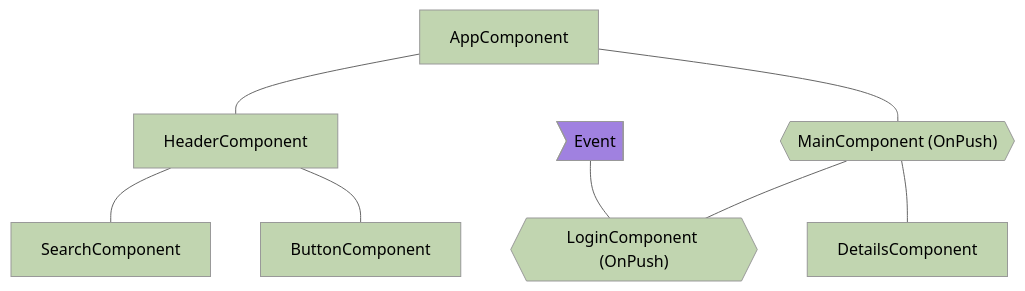
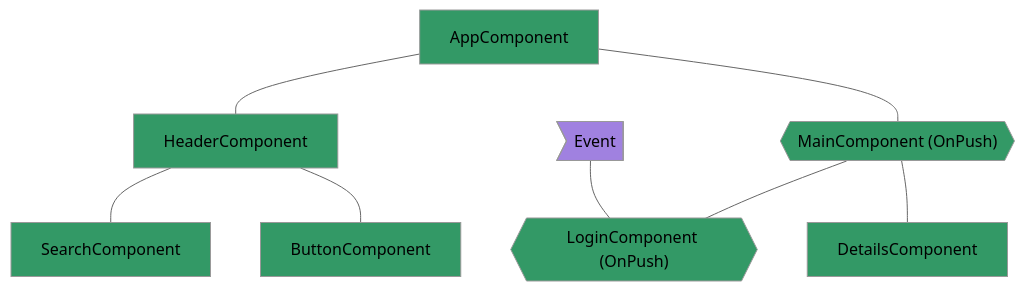
Before and after one commit to angular/angular: the third of 4 diagrams in adev/src/content/best-practices/runtime-performance/skipping-subtrees.md, drawn with Mermaid (neutral theme). The commit also changed other lines of this file, not shown here.

````diff
--- a/adev/src/content/best-practices/runtime-performance/skipping-subtrees.md
+++ b/adev/src/content/best-practices/runtime-performance/skipping-subtrees.md
@@ -89,19 +89,19 @@
 ```mermaid
 graph TD;
     app[AppComponent] --- header[HeaderComponent];
     app --- main{{"MainComponent (OnPush)"}};
     header --- search[SearchComponent];
     header --- button[ButtonComponent];
     main --- login{{"LoginComponent (OnPush)"}};
     main --- details[DetailsComponent];
     event>Event] --- login
 
-style app fill:#C1D5B0,color:#000
-style header fill:#C1D5B0,color:#000
-style button fill:#C1D5B0,color:#000
-style search fill:#C1D5B0,color:#000
-style login fill:#C1D5B0,color:#000
+style app fill:#339966,color:#000
+style header fill:#339966,color:#000
+style button fill:#339966,color:#000
+style search fill:#339966,color:#000
+style login fill:#339966,color:#000
 style event fill:#A081E0, color:#000
-style main fill:#C1D5B0,color:#000
-style details fill:#C1D5B0,color:#000
+style main fill:#339966,color:#000
+style details fill:#339966,color:#000
 ```
````
